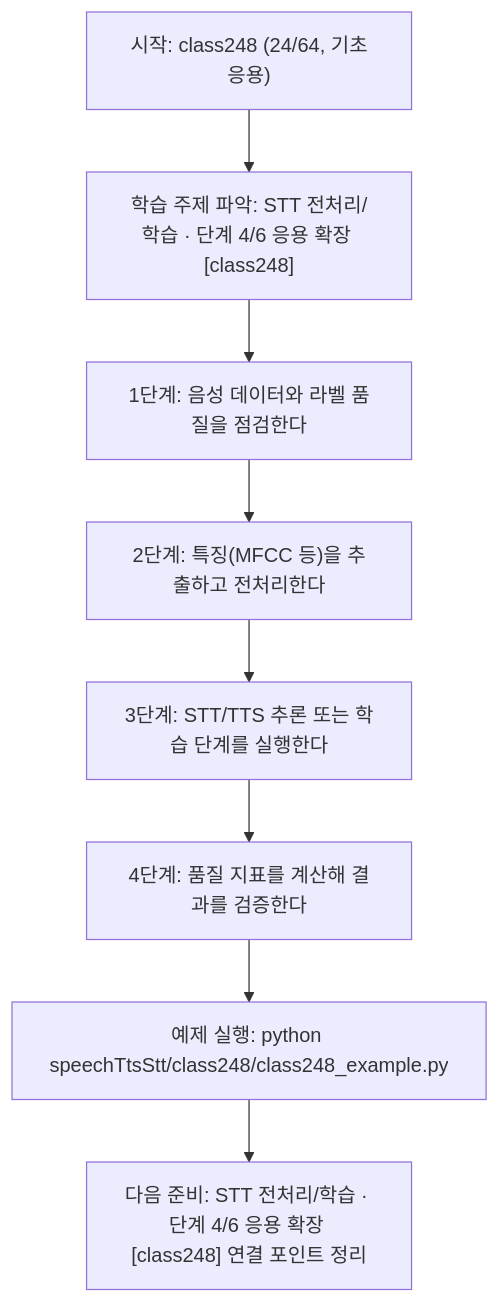
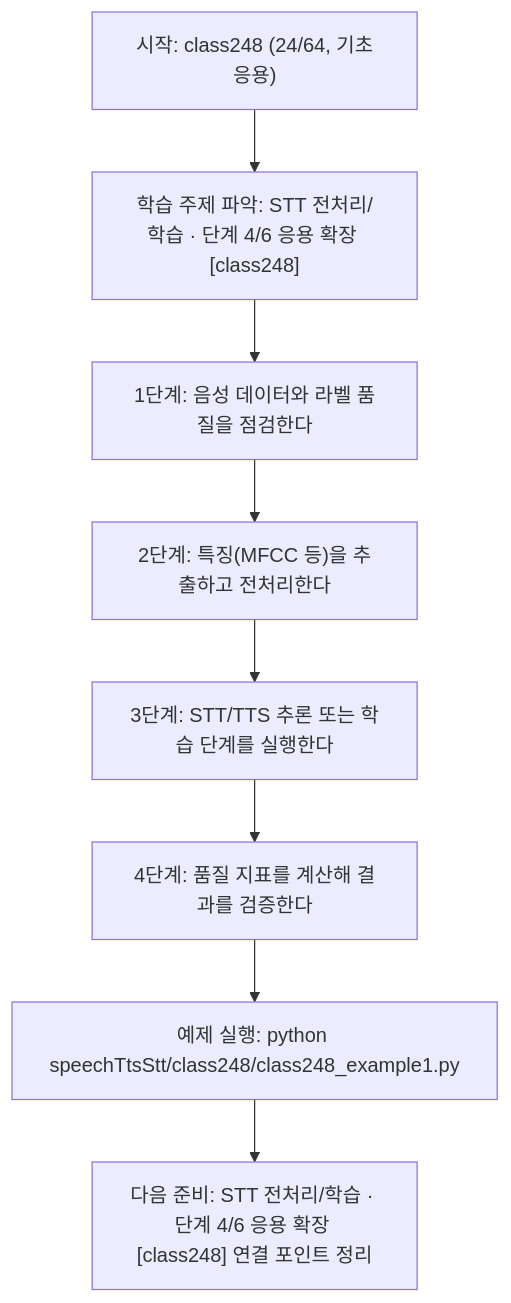
The diagram in speechTtsStt/class248/class248.md (edumgt/Python-AI_Agent-Class), drawn with Mermaid before and after one commit. The commit also changed other lines of this file and 2959 other files, not shown here.

````diff
--- a/speechTtsStt/class248/class248.md
+++ b/speechTtsStt/class248/class248.md
@@ -114,18 +114,18 @@
 ```mermaid
 flowchart TD
 N1["시작: class248 (24/64, 기초응용)"]
 N2["학습 주제 파악: STT 전처리/학습 · 단계 4/6 응용 확장 [class248]"]
 N3["1단계: 음성 데이터와 라벨 품질을 점검한다"]
 N4["2단계: 특징(MFCC 등)을 추출하고 전처리한다"]
 N5["3단계: STT/TTS 추론 또는 학습 단계를 실행한다"]
 N6["4단계: 품질 지표를 계산해 결과를 검증한다"]
-N7["예제 실행: python speechTtsStt/class248/class248_example.py"]
+N7["예제 실행: python speechTtsStt/class248/class248_example1.py"]
 N8["다음 준비: STT 전처리/학습 · 단계 4/6 응용 확장 [class248] 연결 포인트 정리"]
 N1 --> N2
 N2 --> N3
 N3 --> N4
 N4 --> N5
 N5 --> N6
 N6 --> N7
 N7 --> N8
 ```
````
